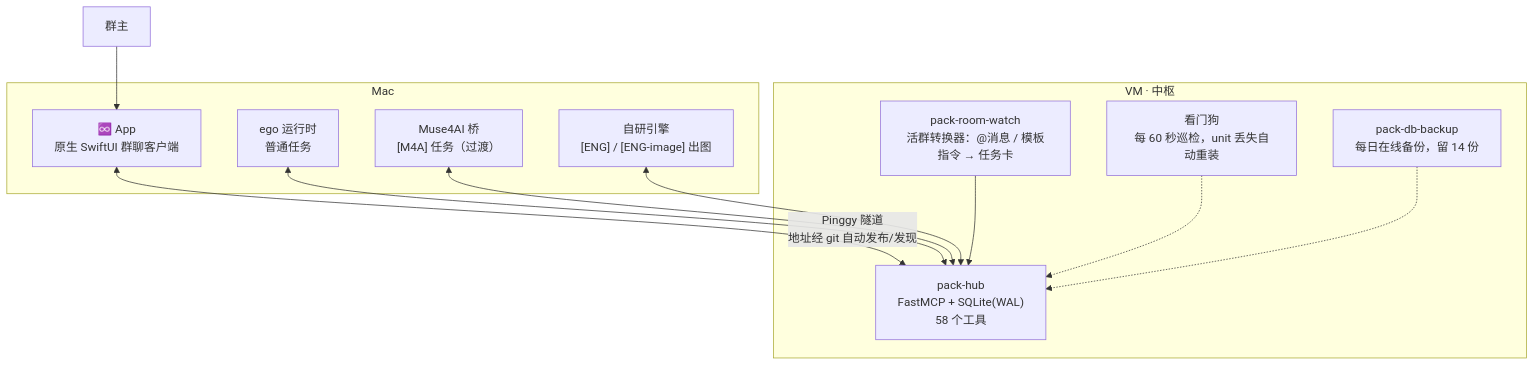
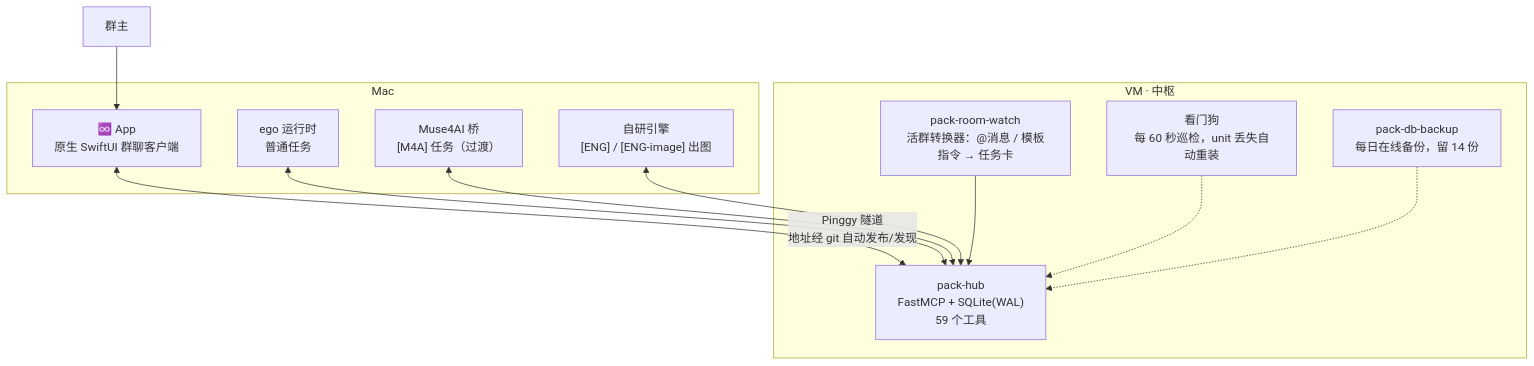
One commit to cyou1314/Pack changed the first of 2 diagrams in README.md. Above: the diagram before and after it, drawn with Mermaid. The commit also changed other lines of this file and 1 other file, not shown here.

Commit message:
feat(hub): member_avatar_set 更换头像写路径（staging33 已部署，工具数 59）

````diff
--- a/README.md
+++ b/README.md
@@ -58,24 +58,24 @@
 ```mermaid
 flowchart TB
     subgraph VM["VM · 中枢"]
-        HUB["pack-hub<br/>FastMCP + SQLite(WAL)<br/>58 个工具"]
+        HUB["pack-hub<br/>FastMCP + SQLite(WAL)<br/>59 个工具"]
         WATCH["pack-room-watch<br/>活群转换器：@消息 / 模板指令 → 任务卡"]
         BAK["pack-db-backup<br/>每日在线备份，留 14 份"]
         DOG["看门狗<br/>每 60 秒巡检，unit 丢失自动重装"]
     end
     subgraph MAC["Mac"]
         APP["♾️ App<br/>原生 SwiftUI 群聊客户端"]
         EGO["ego 运行时<br/>普通任务"]
         BRIDGE["Muse4AI 桥<br/>[M4A] 任务（过渡）"]
         ENG["自研引擎<br/>[ENG] / [ENG-image] 出图"]
     end
     OWNER["群主"]
     OWNER --> APP
     APP <-->|"Pinggy 隧道<br/>地址经 git 自动发布/发现"| HUB
     EGO <--> HUB
     BRIDGE <--> HUB
     ENG <--> HUB
     WATCH --> HUB
     DOG -.-> HUB
     BAK -.-> HUB
 ```
````
